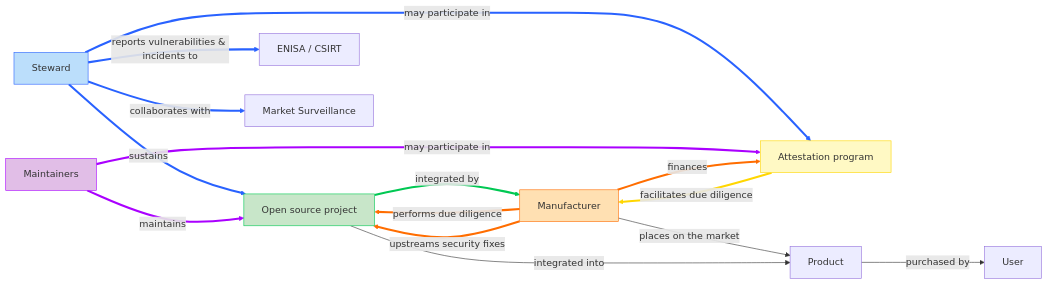
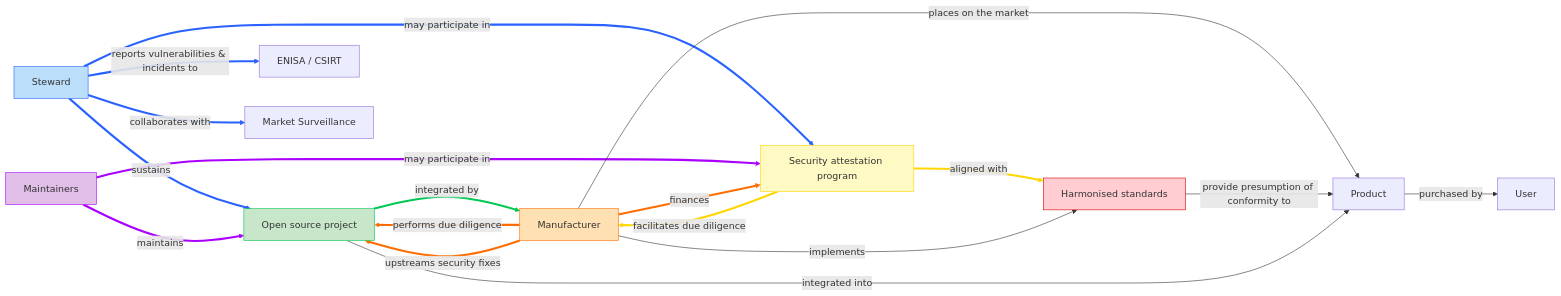
Before and after one commit to orcwg/orcwg: the first of 2 diagrams in cyber-resilience-sig/README.md, drawn with Mermaid.

Commit message:
Improve diagram

````diff
--- a/cyber-resilience-sig/README.md
+++ b/cyber-resilience-sig/README.md
@@ -23,29 +23,37 @@
 ```mermaid
 flowchart LR
     foss["Open source project"] == integrated by ==> manufacturer["Manufacturer"] 
     manufacturer == performs due diligence ==> foss
     steward["Steward"] == reports vulnerabilities & incidents to ==> enisa["ENISA / CSIRT"]
     steward == collaborates with ==> msa["Market Surveillance"]
-    prog["Attestation program"] == facilitates due diligence ==> manufacturer
-    steward == may participate in ==> prog
-    maintainers["Maintainers"] == may participate in ==> prog
-    manufacturer == finances ==> prog
+    attest["Security attestation program"] == facilitates due diligence ==> manufacturer
+    steward == may participate in ==> attest
+    maintainers["Maintainers"] == may participate in ==> attest
+    manufacturer == finances ==> attest
     steward == sustains ==> foss
     maintainers == maintains ==> foss
     manufacturer == upstreams security fixes ==> foss
     manufacturer -- places on the market --> product["Product"]
+    attest == aligned with ==> standards["Harmonised standards"] 
+    manufacturer -- implements --> standards
+    standards -- provide presumption of conformity to --> product
     foss -- integrated into --> product
     product -- purchased by --> user["User"]
+    
+    style steward fill:#BBDEFB,stroke:#2962FF
+    linkStyle 2,3,5,8 stroke:#2962FF,fill:none
 
+    style manufacturer stroke:#FF6D00,fill:#FFE0B2
+    linkStyle 1,7,10 stroke:#FF6D00,fill:none
 
-    style steward fill:#BBDEFB,stroke:#2962FF
     style foss fill:#C8E6C9,stroke:#00C853
-    style manufacturer stroke:#FF6D00,fill:#FFE0B2
+    linkStyle 0 stroke:#00C853,fill:none
+
     style maintainers fill:#E1BEE7,stroke:#AA00FF
-    style prog fill:#FFF9C4,stroke:#FFD600
-    linkStyle 1,7,10 stroke:#FF6D00,fill:none
-    linkStyle 2,3,5,8 stroke:#2962FF,fill:none
     linkStyle 6,9 stroke:#AA00FF,fill:none
-    linkStyle 4 stroke:#FFD600,fill:none
-    linkStyle 0 stroke:#00C853,fill:none
+
+    style attest fill:#FFF9C4,stroke:#FFD600
+    linkStyle 4,12 stroke:#FFD600,fill:none
+ 
+    style standards fill:#FFCDD2,stroke:#D50000
 ```
````
